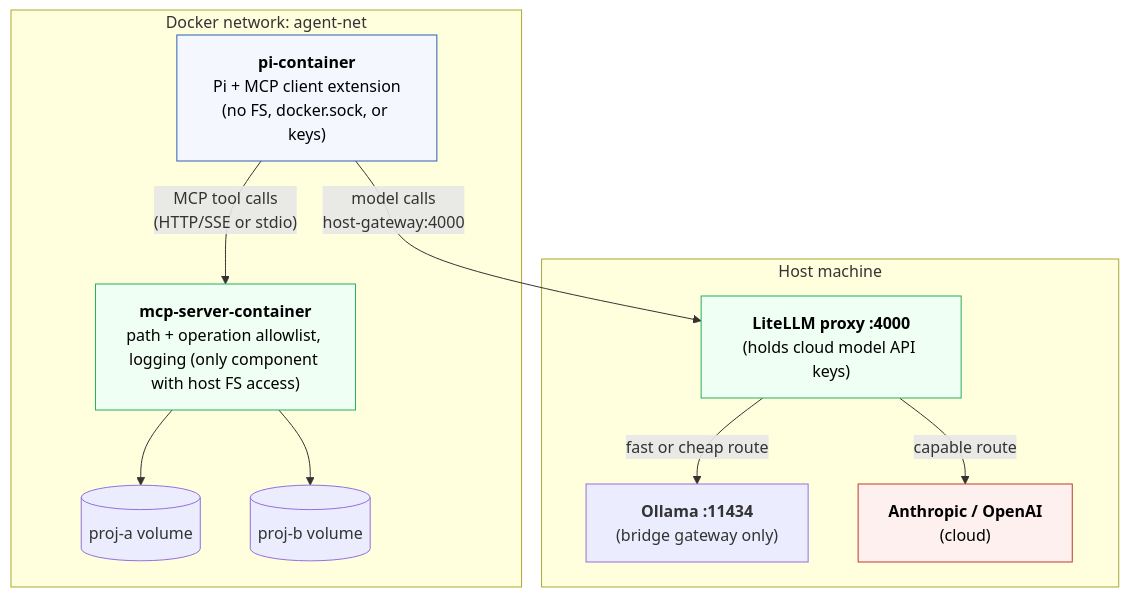
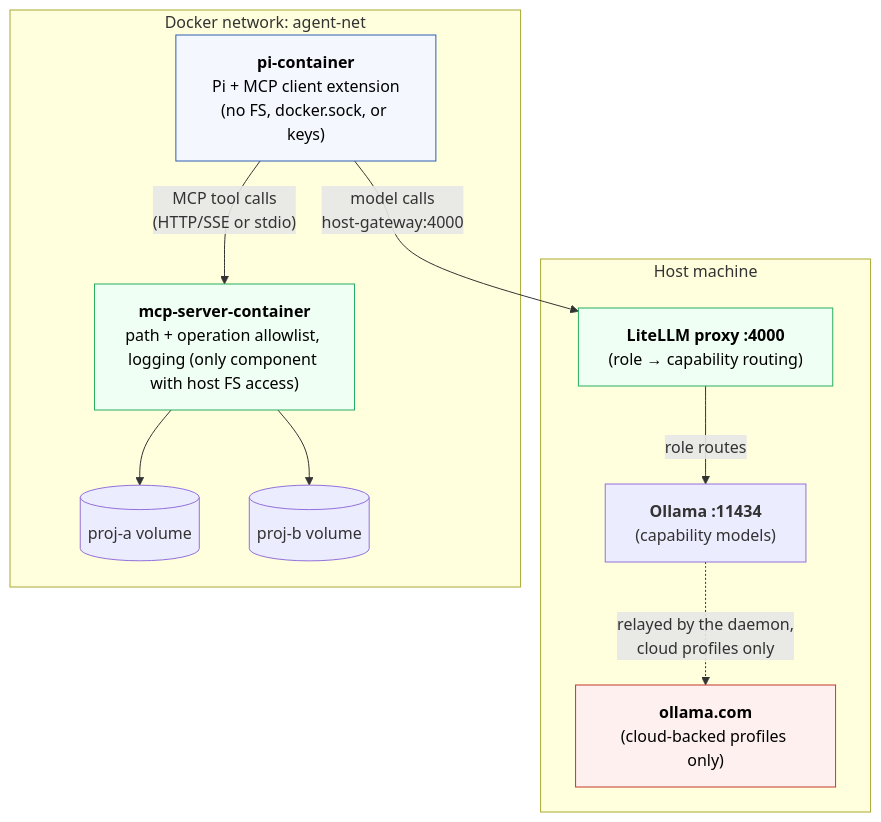
One commit to kieranpotts/genie changed the fourth of 4 diagrams in docs/solution.md. Above: the diagram before and after it, drawn with Mermaid. The commit also changed other lines of this file and 9 other files, not shown here.

Commit message:
feature: model mapping, more startup checks for running ollama instance

````diff
--- a/docs/solution.md
+++ b/docs/solution.md
@@ -194,30 +194,30 @@
 ```mermaid
 flowchart TB
   subgraph Host["Host machine"]
-    Ollama["<b>Ollama :11434</b><br/>(bridge gateway only)"]
-    Proxy["<b>LiteLLM proxy :4000</b><br/>(holds cloud model API keys)"]
-    Cloud["<b>Anthropic / OpenAI</b><br/>(cloud)"]
-    Proxy -->|"capable route"| Cloud
-    Proxy -->|"fast or cheap route"| Ollama
+    Ollama["<b>Ollama :11434</b><br/>(capability models)"]
+    Proxy["<b>LiteLLM proxy :4000</b><br/>(role → capability routing)"]
+    Cloud["<b>ollama.com</b><br/>(cloud-backed profiles only)"]
+    Proxy -->|"role routes"| Ollama
+    Ollama -.->|"relayed by the daemon,<br/>cloud profiles only"| Cloud
   end
 
   subgraph Net["Docker network: agent-net"]
     Pi["<b>pi-container</b><br/>Pi + MCP client extension<br/>(no FS, docker.sock, or keys)"]
     MCP["<b>mcp-server-container</b><br/>path + operation allowlist, logging (only component with host FS access)"]
     VolA[("proj-a volume")]
     VolB[("proj-b volume")]
 
     Pi -->|"MCP tool calls<br/>(HTTP/SSE or stdio)"| MCP
     MCP --> VolA
     MCP --> VolB
   end
 
   Pi -->|"model calls<br/>host-gateway:4000"| Proxy
 
   classDef danger fill:#fff0f0,stroke:#c0392b,color:#000;
   classDef guard fill:#f0fff4,stroke:#27ae60,color:#000;
   classDef agent fill:#f5f7ff,stroke:#2c5fb3,color:#000;
   class Proxy,MCP guard;
   class Pi agent;
   class Cloud danger;
 ```
````
